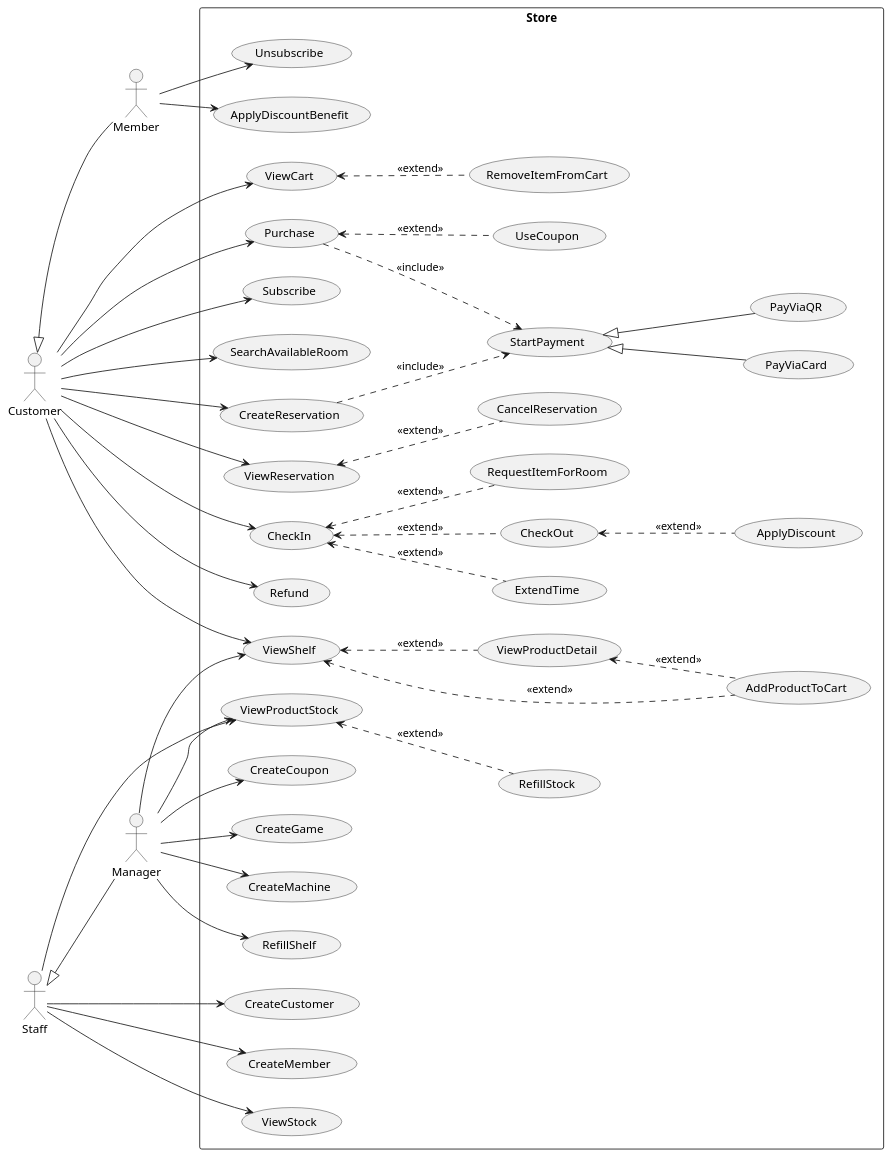
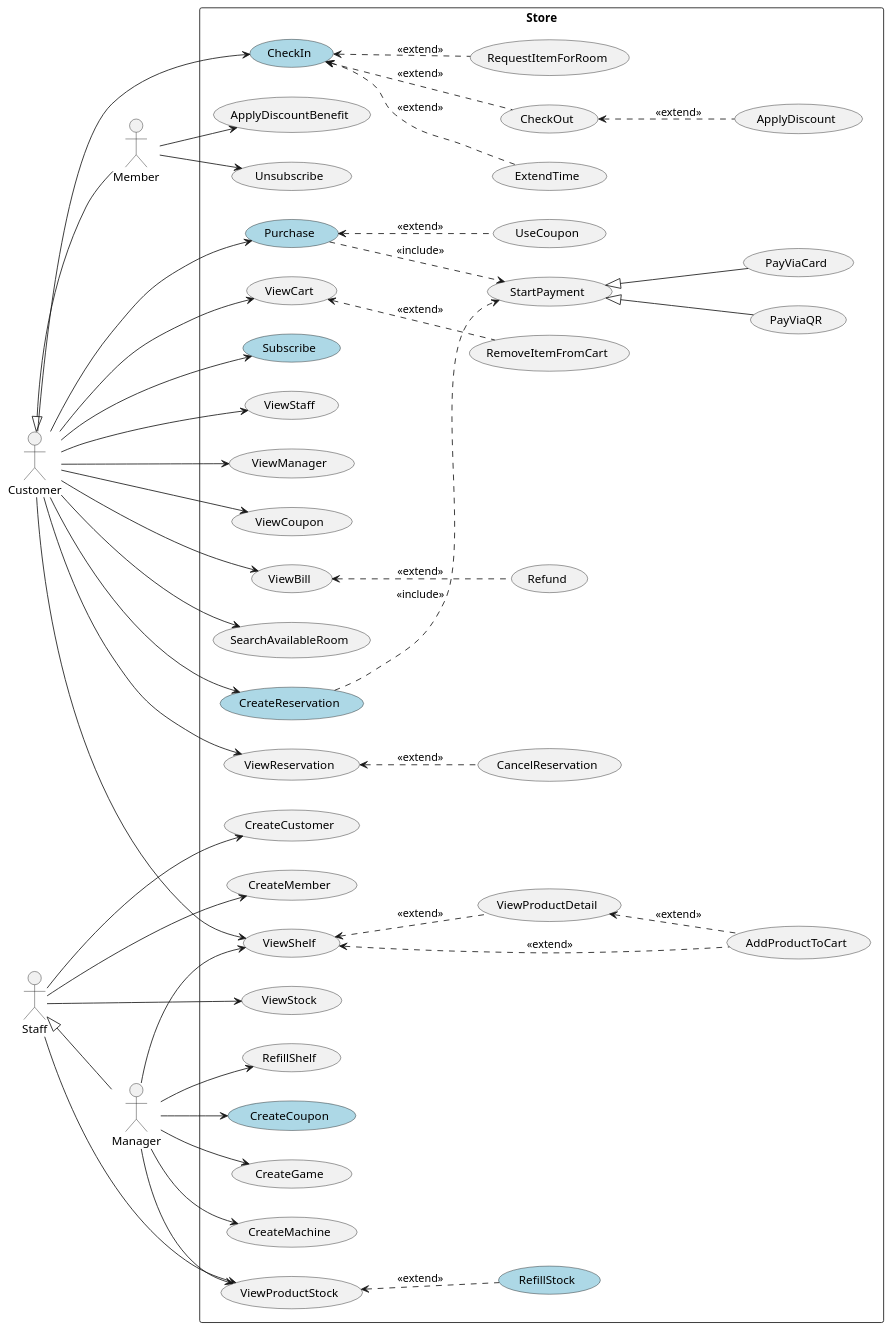
The diagram in UseCaseDiagram/usecase_diagram.puml (WaroonRagwongsiri/OOP_Project), drawn with PlantUML before and after one commit. The commit also changed 3 other files, not shown here.

```diff
--- a/UseCaseDiagram/usecase_diagram.puml
+++ b/UseCaseDiagram/usecase_diagram.puml
@@ -1,118 +1,127 @@
 @startuml UseCaseDiagram
 left to right direction
 
 ' =========================
 ' Actors (from hierarchy in Class Diagram)
 ' =========================
 actor "Customer" as A_Customer
 actor "Member" as A_Member
 actor "Staff" as A_Staff
 actor "Manager" as A_Manager
 
 A_Customer <|-- A_Member
 A_Staff <|-- A_Manager
 
 rectangle "Store" {
 
 	'Customer'
 	usecase "AddProductToCart" as UC_AddProductToCart
 	usecase "ViewCart" as UC_ViewCart
 	usecase "RemoveItemFromCart" as UC_RemoveItemFromCart
 	usecase "ViewShelf" as UC_ViewShelf
 	usecase "ViewProductDetail" as UC_ViewProductDetail
-	usecase "Purchase" as UC_Purchase
+	usecase "Purchase" as UC_Purchase #ADD8E6
 	usecase "UseCoupon" as UC_UseCoupon
-	usecase "Subscribe" as UC_Subscribe
+	usecase "Subscribe" as UC_Subscribe #ADD8E6
+	usecase "ViewStaff" as UC_ViewStaff
+	usecase "ViewManager" as UC_ViewManager
+	usecase "ViewCoupon" as UC_ViewCoupon
+	usecase "ViewBill" as UC_ViewBill
 
 	'Payment'
 	usecase "StartPayment" as UC_StartPayment
 	usecase "PayViaCard" as UC_PayViaCard
 	usecase "PayViaQR" as UC_PayViaQR
 
 	'Member'
 	usecase "ApplyDiscountBenefit" as UC_ApplyDiscountBenefit
 	usecase "Unsubscribe" as UC_Unsubscribe
 
 	'Staff'
 	usecase "ApplyDiscount" as UC_ApplyDiscount
 	usecase "CreateCustomer" as UC_CreateCustomer
 	usecase "CreateMember" as UC_CreateMember
 
 	'Manager'
 	usecase "CreateGame" as UC_CreateGame
 	usecase "CreateMachine" as UC_CreateMachine
 	usecase "ViewProductStock" as UC_ViewProductStock
 	usecase "RefillShelf" as UC_RefillShelf
-	usecase "CreateCoupon" as UC_CreateCoupon
-	usecase "RefillStock" as UC_RefillStock
+	usecase "CreateCoupon" as UC_CreateCoupon #ADD8E6
+	usecase "RefillStock" as UC_RefillStock #ADD8E6
 	usecase "ViewStock" as UC_ViewStock
 
 	'Room Reservation'
 	usecase "SearchAvailableRoom" as UC_SearchAvailableRoom
-	usecase "CreateReservation" as UC_CreateReservation
+	usecase "CreateReservation" as UC_CreateReservation #ADD8E6
 	usecase "ViewReservation" as UC_ViewReservation
 	usecase "CancelReservation" as UC_CancelReservation
-	usecase "CheckIn" as UC_CheckIn
+	usecase "CheckIn" as UC_CheckIn #ADD8E6
 	usecase "ExtendTime" as UC_ExtendTime
 	usecase "CheckOut" as UC_CheckOut
 	usecase "Refund" as UC_Refund
 	usecase "RequestItemForRoom" as UC_RequestItemForRoom
 }
 
 'Customer'
 A_Customer --> UC_ViewCart
 A_Customer --> UC_Purchase
 A_Customer --> UC_Subscribe
 A_Customer --> UC_CheckIn
 A_Customer --> UC_ViewShelf
-A_Customer --> UC_Refund
+A_Customer --> UC_ViewBill
+A_Customer --> UC_ViewStaff
+A_Customer --> UC_ViewManager
+A_Customer --> UC_ViewCoupon
 
 UC_ViewShelf <.. UC_AddProductToCart : <<extend>>
 UC_ViewShelf <.. UC_ViewProductDetail : <<extend>>
+
+UC_ViewBill <.. UC_Refund : <<extend>>
 
 UC_ViewProductDetail <.. UC_AddProductToCart : <<extend>>
 
 UC_ViewCart <.. UC_RemoveItemFromCart : <<extend>>
 
 UC_Purchase <.. UC_UseCoupon : <<extend>>
 UC_Purchase ..> UC_StartPayment : <<include>>
 
 'Payment'
 UC_StartPayment <|-- UC_PayViaCard
 UC_StartPayment <|-- UC_PayViaQR
 
 'Member'
 A_Member --> UC_ApplyDiscountBenefit
 A_Member --> UC_Unsubscribe
 
 'Staff'
 A_Staff --> UC_ViewProductStock
 A_Staff --> UC_CreateCustomer
 A_Staff --> UC_CreateMember
 A_Staff --> UC_ViewStock
 
 UC_CheckIn <.. UC_ExtendTime : <<extend>>
 UC_CheckIn <.. UC_RequestItemForRoom : <<extend>>
 UC_CheckIn <.. UC_CheckOut : <<extend>>
 
 UC_CheckOut <.. UC_ApplyDiscount : <<extend>>
 UC_ViewProductStock <.. UC_RefillStock : <<extend>>
 
 'Manager'
 A_Manager --> UC_CreateCoupon
 A_Manager --> UC_ViewProductStock
 A_Manager --> UC_CreateGame
 A_Manager --> UC_CreateMachine
 A_Manager --> UC_ViewShelf
 A_Manager --> UC_RefillShelf
 
 'Customer / Member Reservation
 A_Customer --> UC_SearchAvailableRoom
 A_Customer --> UC_CreateReservation
 A_Customer --> UC_ViewReservation
 
 UC_ViewReservation <.. UC_CancelReservation : <<extend>>
 
 UC_CreateReservation ..> UC_StartPayment : <<include>>
 
 @enduml
```
